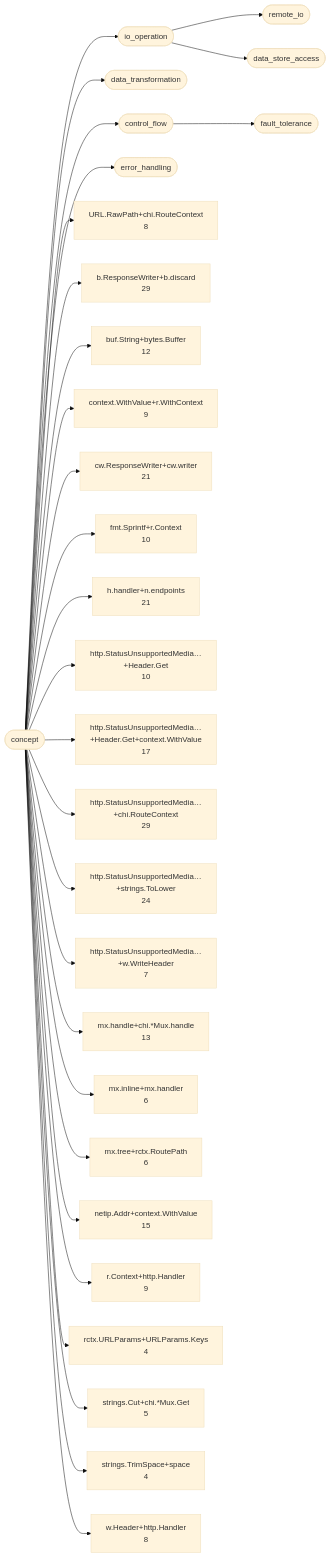
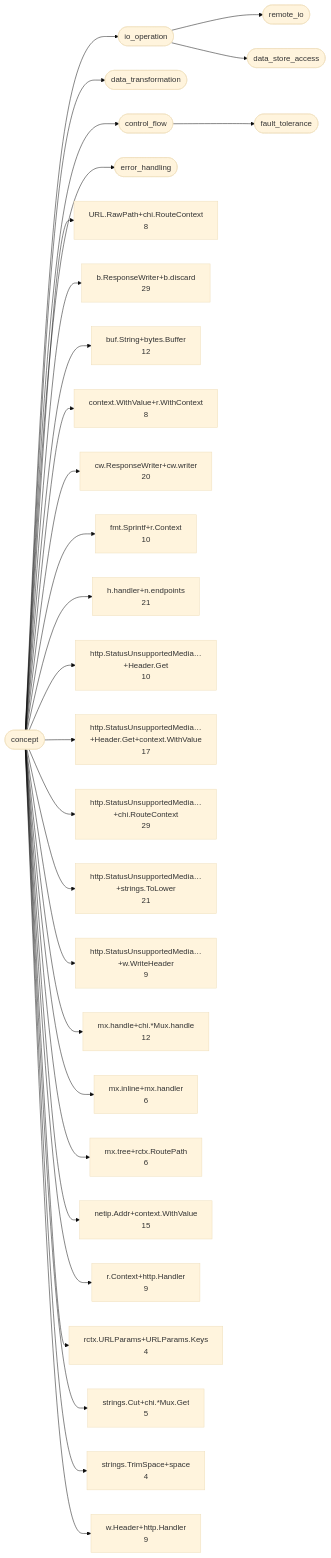
The first of 7 diagrams in examples/chi.md (LukasSelin/doppel), drawn with Mermaid (base theme) before and after one commit. The commit also changed other lines of this file and 9 other files, not shown here.

````diff
--- a/examples/chi.md
+++ b/examples/chi.md
@@ -55,60 +55,60 @@
 ```mermaid
 flowchart LR
     c0(["concept"])
     c1(["io_operation"])
     c2(["remote_io"])
     c3(["data_store_access"])
     c4(["data_transformation"])
     c5(["control_flow"])
     c6(["fault_tolerance"])
     c7(["error_handling"])
     c8["URL.RawPath+chi.RouteContext<br/>8"]
     c9["b.ResponseWriter+b.discard<br/>29"]
     c10["buf.String+bytes.Buffer<br/>12"]
-    c11["context.WithValue+r.WithContext<br/>9"]
-    c12["cw.ResponseWriter+cw.writer<br/>21"]
+    c11["context.WithValue+r.WithContext<br/>8"]
+    c12["cw.ResponseWriter+cw.writer<br/>20"]
     c13["fmt.Sprintf+r.Context<br/>10"]
     c14["h.handler+n.endpoints<br/>21"]
     c15["http.StatusUnsupportedMedia…+Header.Get<br/>10"]
     c16["http.StatusUnsupportedMedia…+Header.Get+context.WithValue<br/>17"]
     c17["http.StatusUnsupportedMedia…+chi.RouteContext<br/>29"]
-    c18["http.StatusUnsupportedMedia…+strings.ToLower<br/>24"]
-    c19["http.StatusUnsupportedMedia…+w.WriteHeader<br/>7"]
-    c20["mx.handle+chi.*Mux.handle<br/>13"]
+    c18["http.StatusUnsupportedMedia…+strings.ToLower<br/>21"]
+    c19["http.StatusUnsupportedMedia…+w.WriteHeader<br/>9"]
+    c20["mx.handle+chi.*Mux.handle<br/>12"]
     c21["mx.inline+mx.handler<br/>6"]
     c22["mx.tree+rctx.RoutePath<br/>6"]
     c23["netip.Addr+context.WithValue<br/>15"]
     c24["r.Context+http.Handler<br/>9"]
     c25["rctx.URLParams+URLParams.Keys<br/>4"]
     c26["strings.Cut+chi.*Mux.Get<br/>5"]
     c27["strings.TrimSpace+space<br/>4"]
-    c28["w.Header+http.Handler<br/>8"]
+    c28["w.Header+http.Handler<br/>9"]
     c0 --> c1
     c1 --> c2
     c1 --> c3
     c0 --> c4
     c0 --> c5
     c5 --> c6
     c0 --> c7
     c0 --> c8
     c0 --> c9
     c0 --> c10
     c0 --> c11
     c0 --> c12
     c0 --> c13
     c0 --> c14
     c0 --> c15
     c0 --> c16
     c0 --> c17
     c0 --> c18
     c0 --> c19
     c0 --> c20
     c0 --> c21
     c0 --> c22
     c0 --> c23
     c0 --> c24
     c0 --> c25
     c0 --> c26
     c0 --> c27
     c0 --> c28
 ```
````
